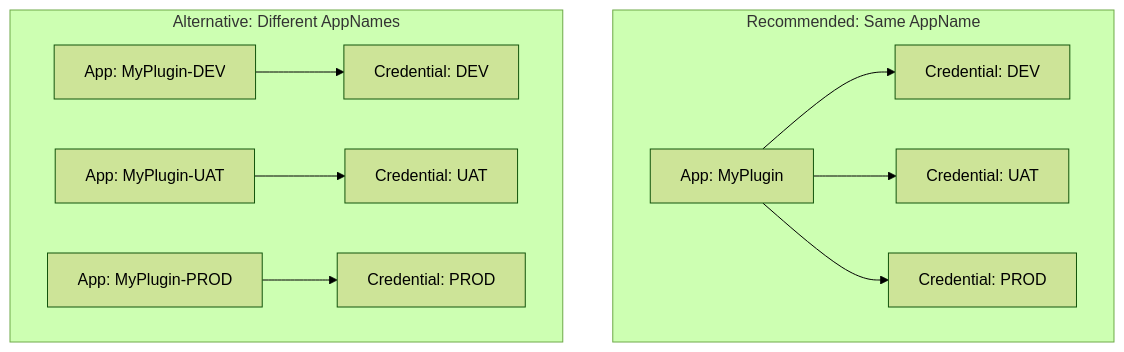
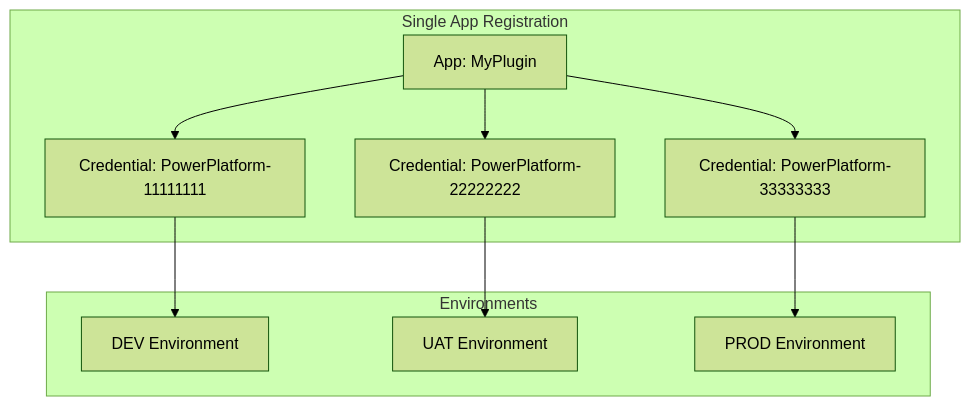
Before and after one commit to phuocle/Dynamics-Crm-DevKit: the diagram in v5/DynamicsCrm.DevKit.Shared/Resources/ManagedIdentity/Plugin-Managed-Identity.md, drawn with Mermaid (forest theme). The commit also changed other lines of this file and 2 other files, not shown here.

````diff
--- a/v5/DynamicsCrm.DevKit.Shared/Resources/ManagedIdentity/Plugin-Managed-Identity.md
+++ b/v5/DynamicsCrm.DevKit.Shared/Resources/ManagedIdentity/Plugin-Managed-Identity.md
@@ -158,14 +140,14 @@
 ```mermaid
 graph TB
-    subgraph "Recommended: Same AppName"
-        A1[App: MyPlugin] --> FC1[Credential: DEV]
-        A1 --> FC2[Credential: UAT]
-        A1 --> FC3[Credential: PROD]
+    subgraph "Single App Registration"
+        A1[App: MyPlugin] --> FC1[Credential: PowerPlatform-11111111]
+        A1 --> FC2[Credential: PowerPlatform-22222222]
+        A1 --> FC3[Credential: PowerPlatform-33333333]
     end
     
-    subgraph "Alternative: Different AppNames"
-        B1[App: MyPlugin-DEV] --> FC4[Credential: DEV]
-        B2[App: MyPlugin-UAT] --> FC5[Credential: UAT]
-        B3[App: MyPlugin-PROD] --> FC6[Credential: PROD]
+    subgraph "Environments"
+        FC1 --> E1[DEV Environment]
+        FC2 --> E2[UAT Environment]
+        FC3 --> E3[PROD Environment]
     end
 ```
````
